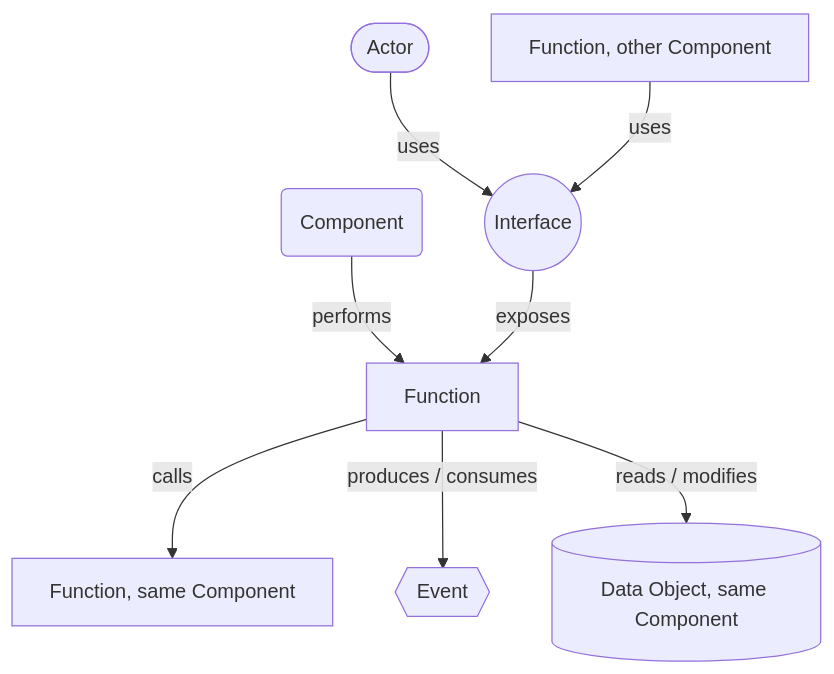
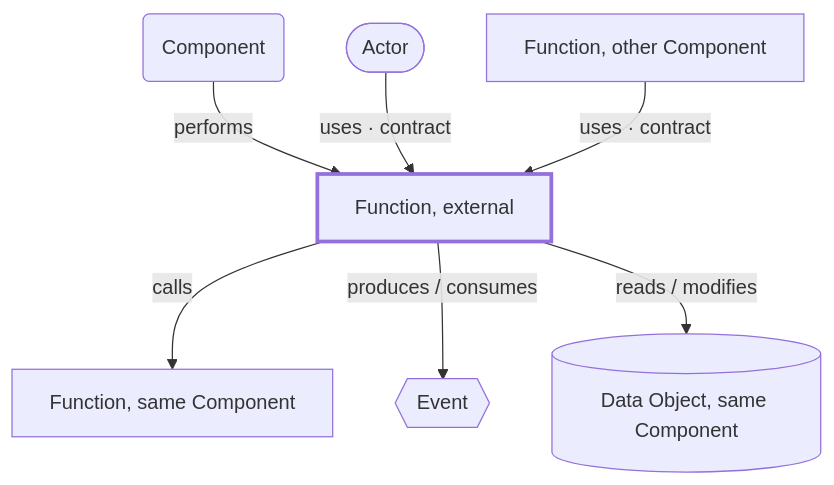
Before and after one commit to mykhailo-kulish/contour: the second of 7 diagrams in contour.md, drawn with Mermaid. The commit also changed other lines of this file, not shown here.

First line of the commit message:
Draft Contour v0.4: fold Interface into Function and Component contracts

````diff
--- a/contour.md
+++ b/contour.md
@@ -273,10 +274,10 @@
 ```mermaid
 graph TD
-    Sys(Component) -->|performs| F[Function]
-    A([Actor]) -->|uses| I((Interface))
-    F2[Function, other Component] -->|uses| I
-    I -->|exposes| F
+    Sys(Component) -->|performs| F[Function, external]:::ext
+    A([Actor]) -->|uses · contract| F
+    F2[Function, other Component] -->|uses · contract| F
     F -->|calls| F3[Function, same Component]
     F -->|produces / consumes| E{{Event}}
     F -->|reads / modifies| D[(Data Object, same Component)]
+    classDef ext stroke-width:3px
 ```
````
